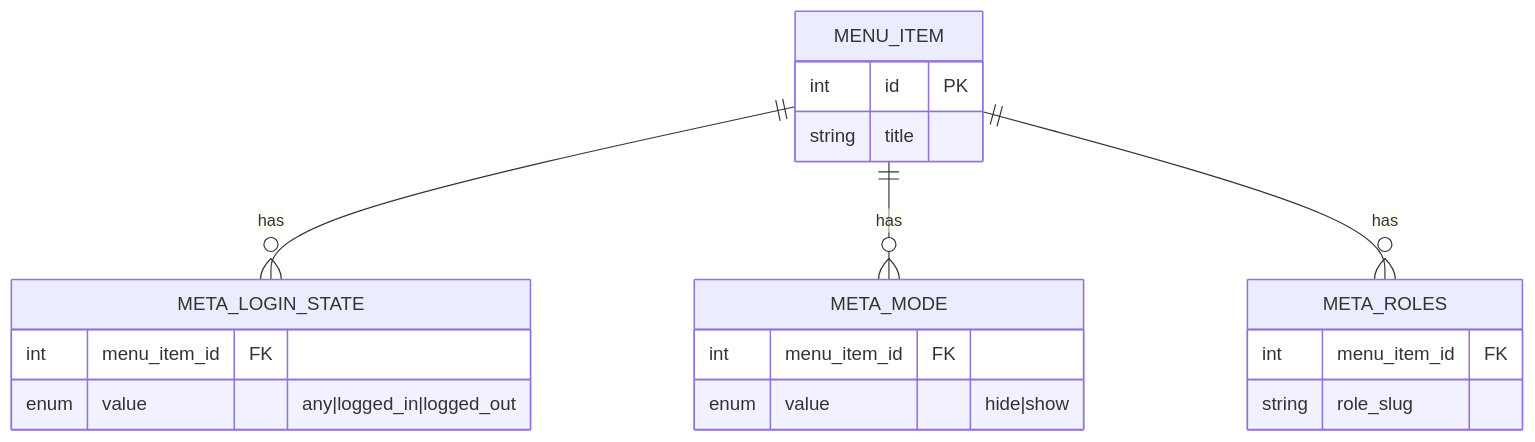
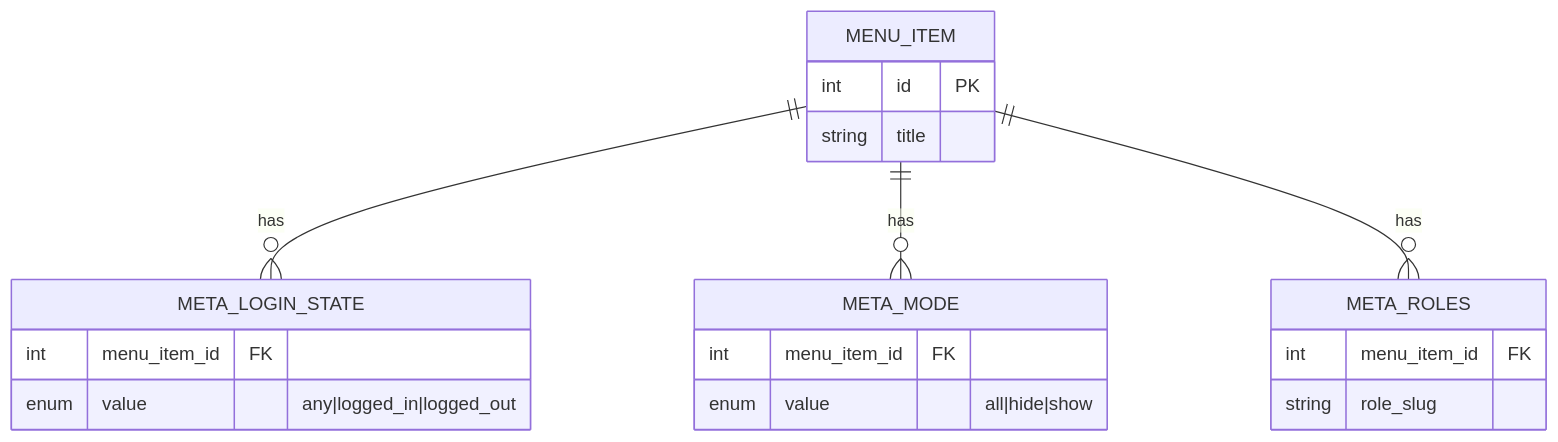
Before and after one commit to mahfuzurwp/hide-menu-items-by-role: the fifth of 6 diagrams in .qoder/repowiki/en/content/Features Guide/Dual Mode Operation (Hide vs Show).md, drawn with Mermaid. The commit also changed other lines of this file and 20 other files, not shown here.

````diff
--- a/.qoder/repowiki/en/content/Features Guide/Dual Mode Operation (Hide vs Show).md
+++ b/.qoder/repowiki/en/content/Features Guide/Dual Mode Operation (Hide vs Show).md
@@ -176,22 +194,22 @@
 ```mermaid
 erDiagram
 MENU_ITEM {
 int id PK
 string title
 }
 META_LOGIN_STATE {
 int menu_item_id FK
 enum value "any|logged_in|logged_out"
 }
 META_MODE {
 int menu_item_id FK
-enum value "hide|show"
+enum value "all|hide|show"
 }
 META_ROLES {
 int menu_item_id FK
 string role_slug
 }
 MENU_ITEM ||--o{ META_LOGIN_STATE : "has"
 MENU_ITEM ||--o{ META_MODE : "has"
 MENU_ITEM ||--o{ META_ROLES : "has"
 ```
````
